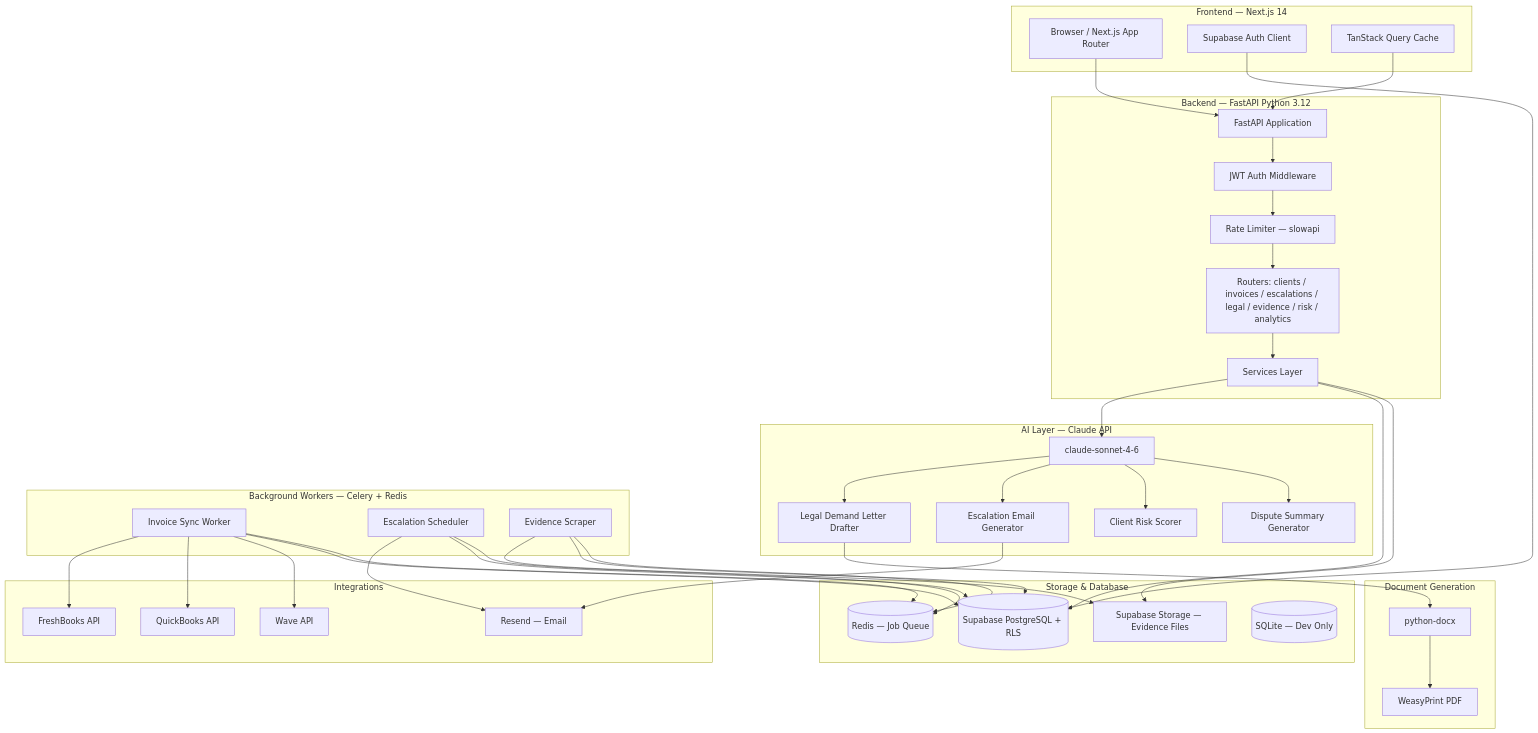
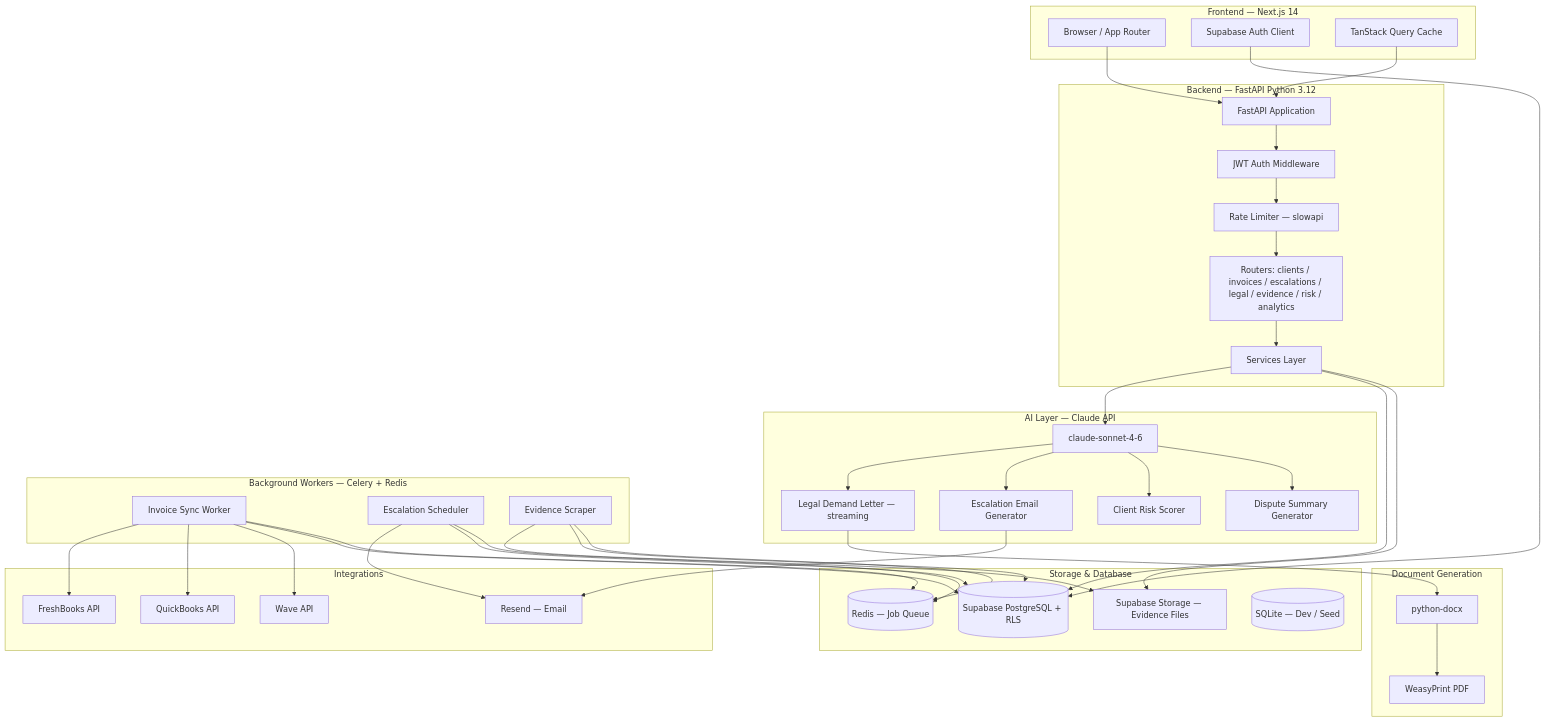
The first of 2 diagrams in README.md (RudrenduPaul/freelancer-payment-protection), drawn with Mermaid before and after one commit. The commit also changed other lines of this file, not shown here.

````diff
--- a/README.md
+++ b/README.md
@@ -101,72 +160,72 @@
 ```mermaid
 graph TB
     subgraph "Frontend — Next.js 14"
-        A[Browser / Next.js App Router]
+        A[Browser / App Router]
         B[Supabase Auth Client]
         C[TanStack Query Cache]
     end
 
     subgraph "Backend — FastAPI Python 3.12"
         D[FastAPI Application]
         E[JWT Auth Middleware]
         F[Rate Limiter — slowapi]
         G[Routers: clients / invoices / escalations / legal / evidence / risk / analytics]
         H[Services Layer]
     end
 
     subgraph "AI Layer — Claude API"
         I[claude-sonnet-4-6]
-        J[Legal Demand Letter Drafter]
+        J[Legal Demand Letter — streaming]
         K[Escalation Email Generator]
         L[Client Risk Scorer]
         M[Dispute Summary Generator]
     end
 
     subgraph "Document Generation"
         N[python-docx]
         O[WeasyPrint PDF]
     end
 
     subgraph "Background Workers — Celery + Redis"
         P[Invoice Sync Worker]
         Q[Escalation Scheduler]
         R[Evidence Scraper]
     end
 
     subgraph "Storage & Database"
         S[(Supabase PostgreSQL + RLS)]
         T[Supabase Storage — Evidence Files]
         U[(Redis — Job Queue)]
-        V[(SQLite — Dev Only)]
+        V[(SQLite — Dev / Seed)]
     end
 
     subgraph "Integrations"
         W[FreshBooks API]
         X[QuickBooks API]
         Y[Wave API]
         Z[Resend — Email]
     end
 
     A --> D
     B --> S
     C --> D
     D --> E --> F --> G --> H
     H --> I
     I --> J --> N --> O
     I --> K --> Z
     I --> L
     I --> M
     H --> S
     H --> T
     P --> W
     P --> X
     P --> Y
     P --> S
     Q --> Z
     Q --> S
     R --> T
     R --> S
     P --> U
     Q --> U
     R --> U
 ```
````
